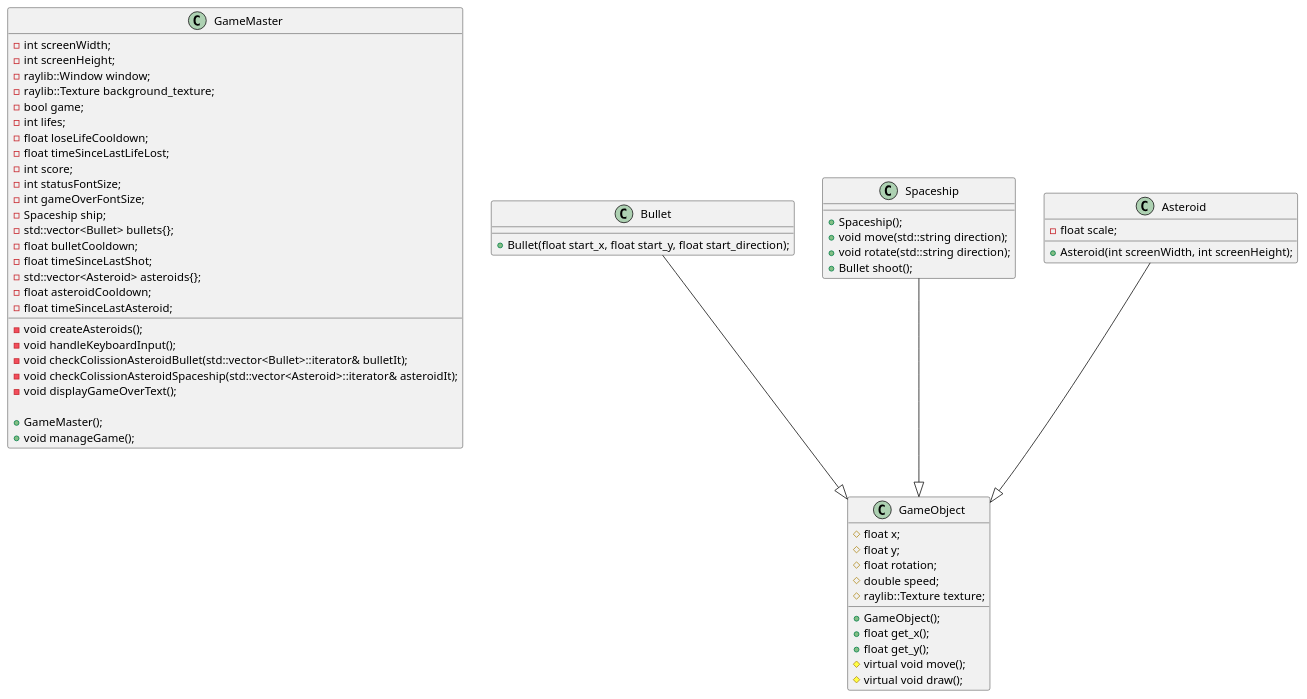
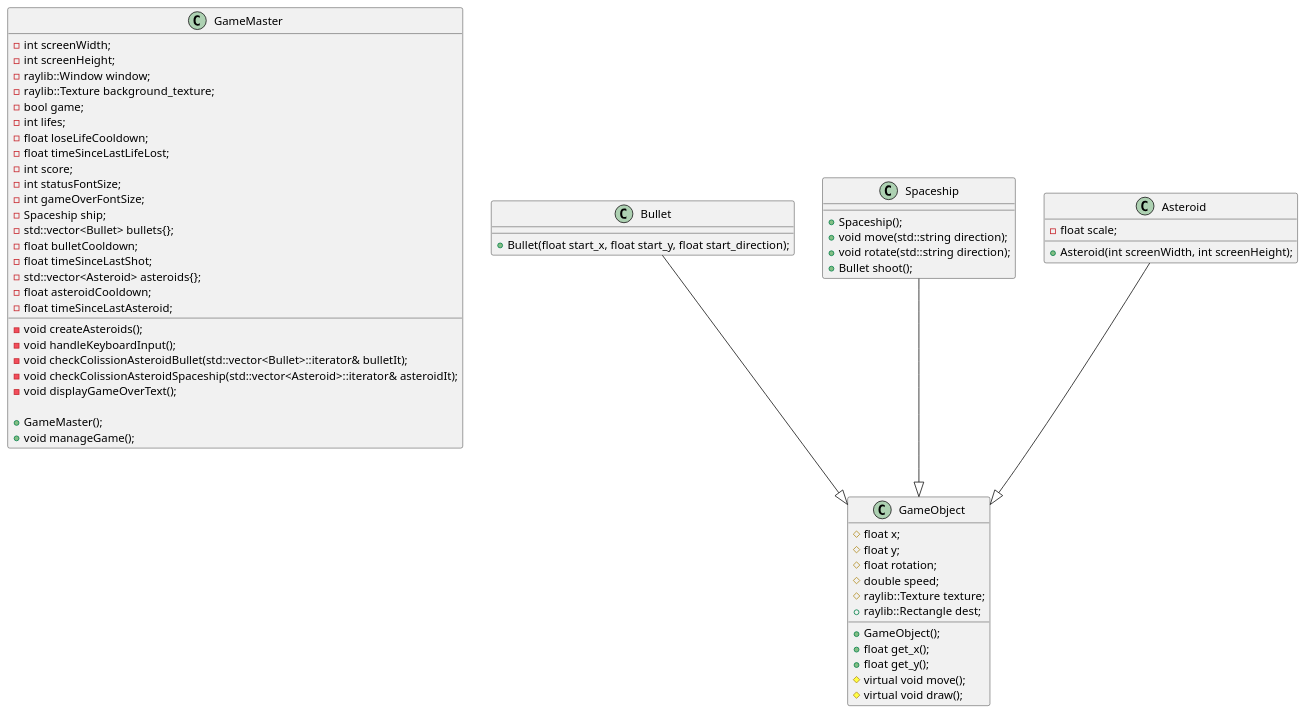
One commit to seymenas/ProgBAsteroids changed the diagram in uml.puml. Above: the diagram before and after it, drawn with PlantUML.

Commit message:
Here it is still working

```diff
--- a/uml.puml
+++ b/uml.puml
@@ -1,67 +1,68 @@
 @startuml
 
 class GameMaster {
     -int screenWidth;
     -int screenHeight;
     -raylib::Window window;
     -raylib::Texture background_texture;
     -bool game;
     -int lifes;
     -float loseLifeCooldown;
     -float timeSinceLastLifeLost;
     -int score;
     -int statusFontSize;
     -int gameOverFontSize;
     -Spaceship ship;
     -std::vector<Bullet> bullets{};
     -float bulletCooldown;
     -float timeSinceLastShot;
     -std::vector<Asteroid> asteroids{};
     -float asteroidCooldown;
     -float timeSinceLastAsteroid;
 
     -void createAsteroids();
     -void handleKeyboardInput();
     -void checkColissionAsteroidBullet(std::vector<Bullet>::iterator& bulletIt);
     -void checkColissionAsteroidSpaceship(std::vector<Asteroid>::iterator& asteroidIt);
     -void displayGameOverText();
 
     +GameMaster();
     +void manageGame();
 }
 
 class GameObject {
     #float x;
     #float y;
     #float rotation;
     #double speed;
     #raylib::Texture texture;
+    +raylib::Rectangle dest;
 
     +GameObject();
     +float get_x();
     +float get_y();
     #virtual void move();
     #virtual void draw();
 }
 
 class Bullet {
     +Bullet(float start_x, float start_y, float start_direction);
 }
 
 class Spaceship {
     +Spaceship();
     +void move(std::string direction);
     +void rotate(std::string direction);
     +Bullet shoot();
 }
 
 class Asteroid {
     +Asteroid(int screenWidth, int screenHeight);
     -float scale;
 }
 
 Spaceship --|> GameObject
 Asteroid --|> GameObject
 Bullet --|> GameObject
 
 @enduml
```
